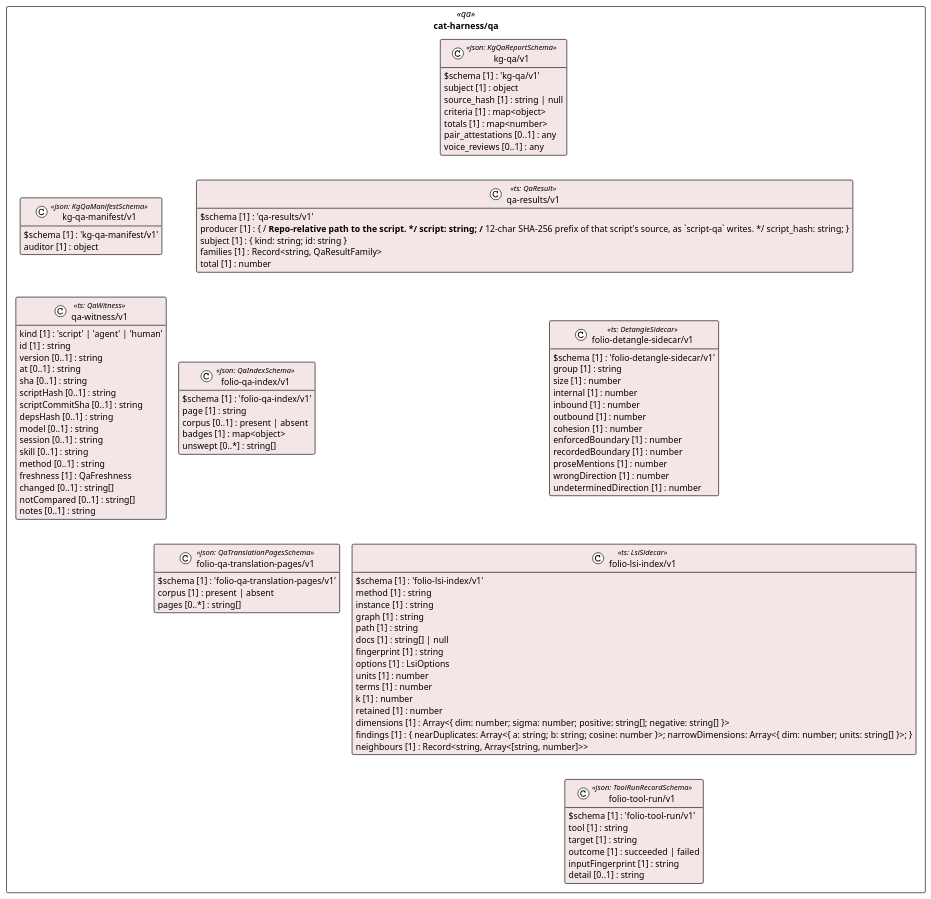
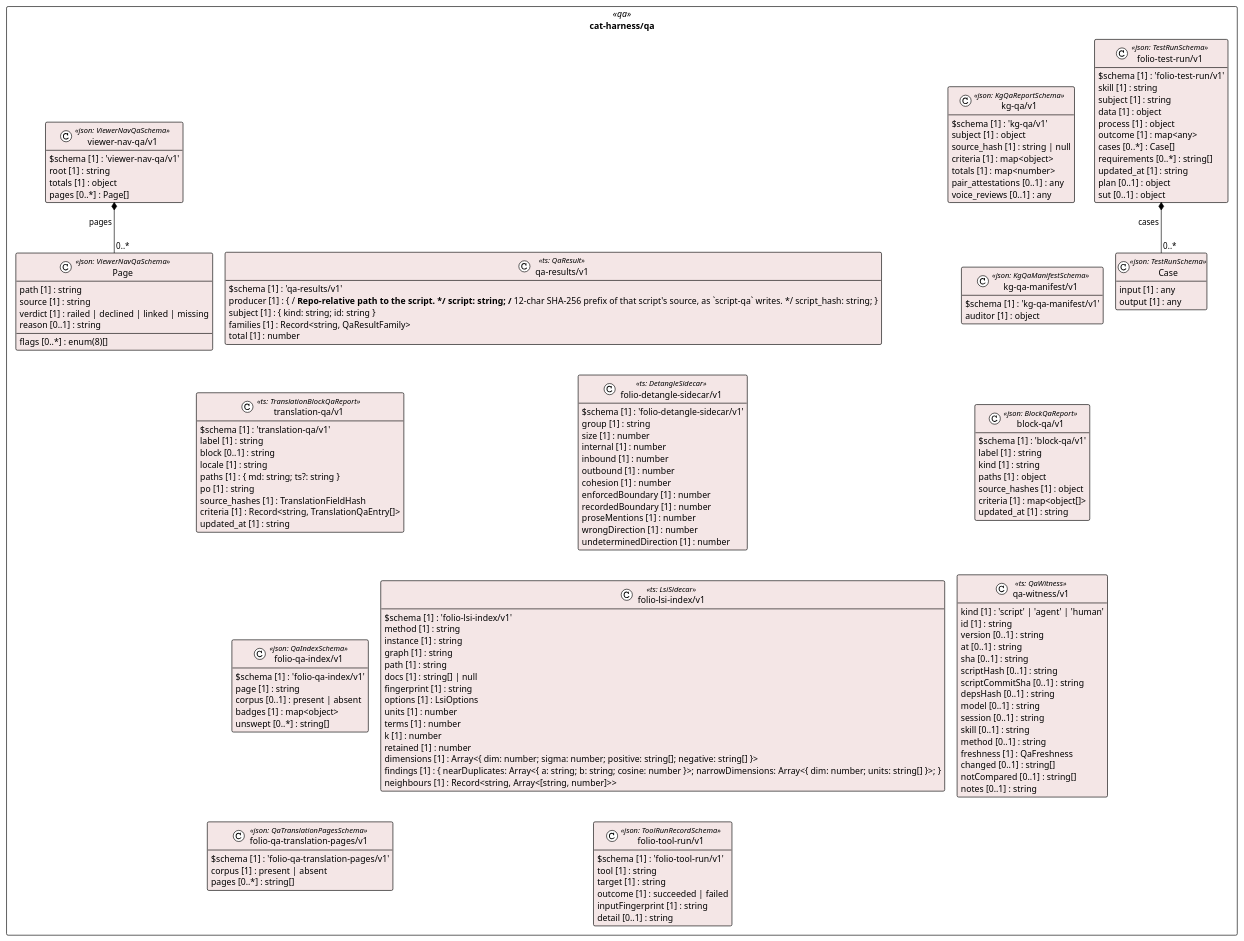
One commit to litlfred/folio-assistant changed the diagram in cat-harness/uml/overview/cat-harness/qa.puml. Above: the diagram before and after it, drawn with PlantUML. The commit also changed 11 other files, not shown here.

First line of the commit message:
Regenerate QA page, visualiser and UML overview from a QA working copy

```diff
--- a/cat-harness/uml/overview/cat-harness/qa.puml
+++ b/cat-harness/uml/overview/cat-harness/qa.puml
@@ -3,101 +3,153 @@
 @startuml cat_harness_qa
 !pragma layout elk
 !theme plain
 skinparam classAttributeIconSize 0
 skinparam shadowing false
 skinparam packageStyle rectangle
 hide empty methods
 
 package "cat-harness/qa" as pkg_cat_harness_qa <<qa>> {
   class "kg-qa/v1" as cat_harness_qa_kg_qa_v1_kg_qa_v1 <<json: KgQaReportSchema>> #f4e6e6 {
     $schema [1] : 'kg-qa/v1'
     subject [1] : object
     source_hash [1] : string | null
     criteria [1] : map<object>
     totals [1] : map<number>
     pair_attestations [0..1] : any
     voice_reviews [0..1] : any
   }
   class "kg-qa-manifest/v1" as cat_harness_qa_kg_qa_manifest_v1_kg_qa_manifest_v1 <<json: KgQaManifestSchema>> #f4e6e6 {
     $schema [1] : 'kg-qa-manifest/v1'
     auditor [1] : object
+  }
+  class "block-qa/v1" as cat_harness_qa_block_qa_v1_block_qa_v1 <<json: BlockQaReport>> #f4e6e6 {
+    $schema [1] : 'block-qa/v1'
+    label [1] : string
+    kind [1] : string
+    paths [1] : object
+    source_hashes [1] : object
+    criteria [1] : map<object[]>
+    updated_at [1] : string
+  }
+  class "Case" as cat_harness_qa_folio_test_run_v1_Case <<json: TestRunSchema>> #f4e6e6 {
+    input [1] : any
+    output [1] : any
+  }
+  class "folio-test-run/v1" as cat_harness_qa_folio_test_run_v1_folio_test_run_v1 <<json: TestRunSchema>> #f4e6e6 {
+    $schema [1] : 'folio-test-run/v1'
+    skill [1] : string
+    subject [1] : string
+    data [1] : object
+    process [1] : object
+    outcome [1] : map<any>
+    cases [0..*] : Case[]
+    requirements [0..*] : string[]
+    updated_at [1] : string
+    plan [0..1] : object
+    sut [0..1] : object
   }
   class "qa-witness/v1" as cat_harness_qa_qa_witness_v1 <<ts: QaWitness>> #f4e6e6 {
     kind [1] : 'script' | 'agent' | 'human'
     id [1] : string
     version [0..1] : string
     at [0..1] : string
     sha [0..1] : string
     scriptHash [0..1] : string
     scriptCommitSha [0..1] : string
     depsHash [0..1] : string
     model [0..1] : string
     session [0..1] : string
     skill [0..1] : string
     method [0..1] : string
     freshness [1] : QaFreshness
     changed [0..1] : string[]
     notCompared [0..1] : string[]
     notes [0..1] : string
   }
   class "qa-results/v1" as cat_harness_qa_qa_results_v1 <<ts: QaResult>> #f4e6e6 {
     $schema [1] : 'qa-results/v1'
     producer [1] : { /** Repo-relative path to the script. */ script: string; /** 12-char SHA-256 prefix of that script's source, as `script-qa` writes. */ script_hash: string; }
     subject [1] : { kind: string; id: string }
     families [1] : Record<string, QaResultFamily>
     total [1] : number
+  }
+  class "translation-qa/v1" as cat_harness_qa_translation_qa_v1 <<ts: TranslationBlockQaReport>> #f4e6e6 {
+    $schema [1] : 'translation-qa/v1'
+    label [1] : string
+    block [0..1] : string
+    locale [1] : string
+    paths [1] : { md: string; ts?: string }
+    po [1] : string
+    source_hashes [1] : TranslationFieldHash
+    criteria [1] : Record<string, TranslationQaEntry[]>
+    updated_at [1] : string
   }
   class "folio-qa-index/v1" as cat_harness_qa_folio_qa_index_v1_folio_qa_index_v1 <<json: QaIndexSchema>> #f4e6e6 {
     $schema [1] : 'folio-qa-index/v1'
     page [1] : string
     corpus [0..1] : present | absent
     badges [1] : map<object>
     unswept [0..*] : string[]
   }
   class "folio-qa-translation-pages/v1" as cat_harness_qa_folio_qa_translation_pages_v1_folio_qa_translation_pages_v1 <<json: QaTranslationPagesSchema>> #f4e6e6 {
     $schema [1] : 'folio-qa-translation-pages/v1'
     corpus [1] : present | absent
     pages [0..*] : string[]
   }
   class "folio-detangle-sidecar/v1" as cat_harness_qa_folio_detangle_sidecar_v1 <<ts: DetangleSidecar>> #f4e6e6 {
     $schema [1] : 'folio-detangle-sidecar/v1'
     group [1] : string
     size [1] : number
     internal [1] : number
     inbound [1] : number
     outbound [1] : number
     cohesion [1] : number
     enforcedBoundary [1] : number
     recordedBoundary [1] : number
     proseMentions [1] : number
     wrongDirection [1] : number
     undeterminedDirection [1] : number
   }
   class "folio-lsi-index/v1" as cat_harness_qa_folio_lsi_index_v1 <<ts: LsiSidecar>> #f4e6e6 {
     $schema [1] : 'folio-lsi-index/v1'
     method [1] : string
     instance [1] : string
     graph [1] : string
     path [1] : string
     docs [1] : string[] | null
     fingerprint [1] : string
     options [1] : LsiOptions
     units [1] : number
     terms [1] : number
     k [1] : number
     retained [1] : number
     dimensions [1] : Array<{ dim: number; sigma: number; positive: string[]; negative: string[] }>
     findings [1] : { nearDuplicates: Array<{ a: string; b: string; cosine: number }>; narrowDimensions: Array<{ dim: number; units: string[] }>; }
     neighbours [1] : Record<string, Array<[string, number]>>
   }
   class "folio-tool-run/v1" as cat_harness_qa_folio_tool_run_v1_folio_tool_run_v1 <<json: ToolRunRecordSchema>> #f4e6e6 {
     $schema [1] : 'folio-tool-run/v1'
     tool [1] : string
     target [1] : string
     outcome [1] : succeeded | failed
     inputFingerprint [1] : string
     detail [0..1] : string
   }
+  class "Page" as cat_harness_qa_viewer_nav_qa_v1_Page <<json: ViewerNavQaSchema>> #f4e6e6 {
+    path [1] : string
+    source [1] : string
+    verdict [1] : railed | declined | linked | missing
+    reason [0..1] : string
+    flags [0..*] : enum(8)[]
+  }
+  class "viewer-nav-qa/v1" as cat_harness_qa_viewer_nav_qa_v1_viewer_nav_qa_v1 <<json: ViewerNavQaSchema>> #f4e6e6 {
+    $schema [1] : 'viewer-nav-qa/v1'
+    root [1] : string
+    totals [1] : object
+    pages [0..*] : Page[]
+  }
 }
 
+cat_harness_qa_folio_test_run_v1_folio_test_run_v1 *-- "0..*" cat_harness_qa_folio_test_run_v1_Case : cases
+cat_harness_qa_viewer_nav_qa_v1_viewer_nav_qa_v1 *-- "0..*" cat_harness_qa_viewer_nav_qa_v1_Page : pages
 @enduml
```
